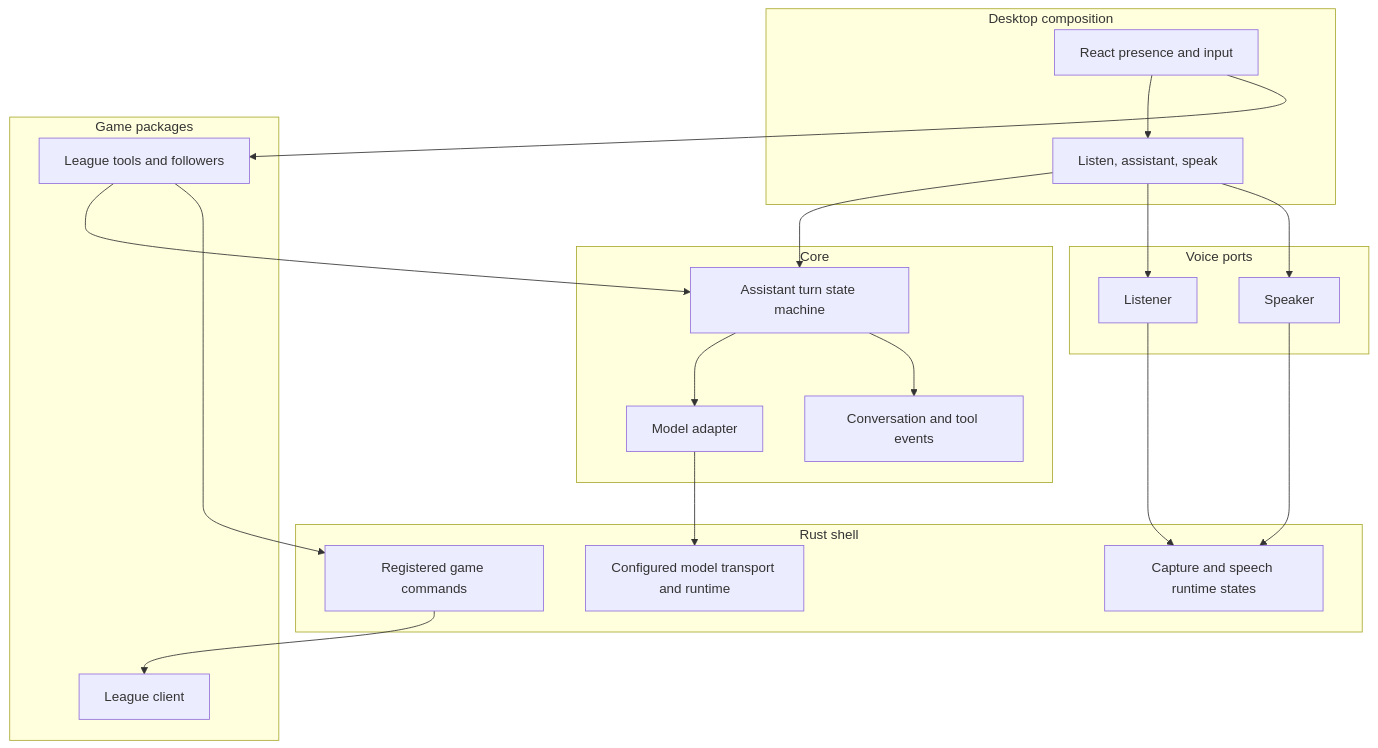
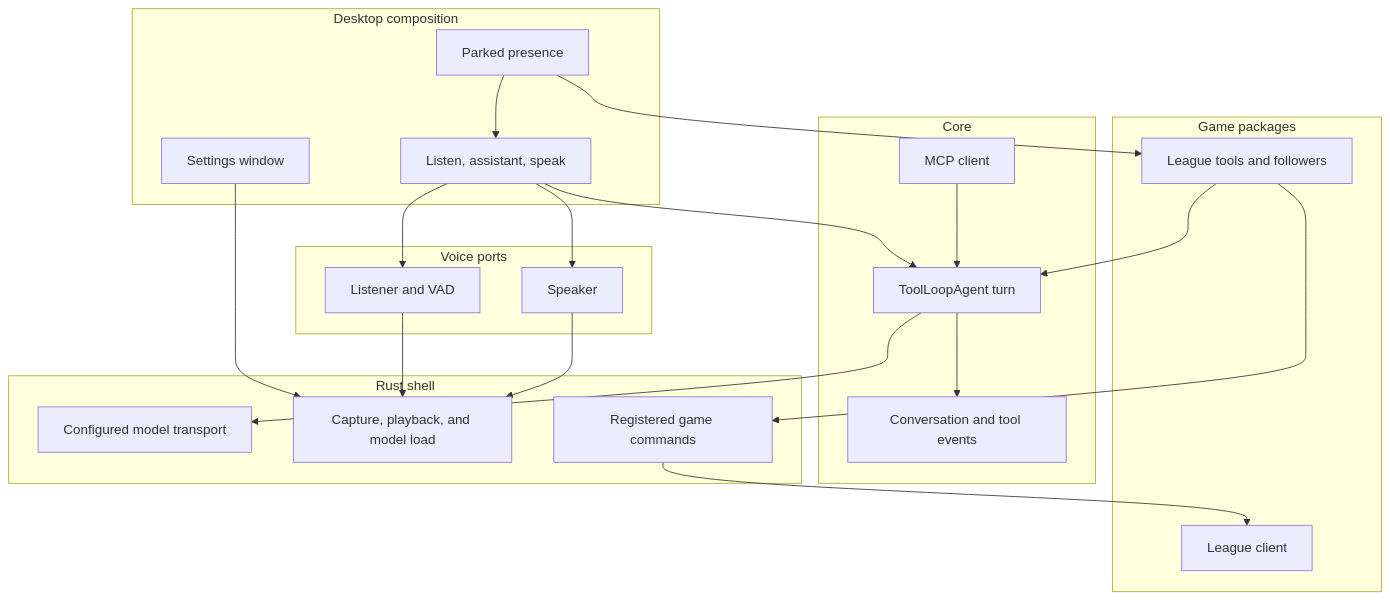
The diagram in docs/architecture.md (ItsYuma/Caprice), drawn with Mermaid before and after one commit. The commit also changed other lines of this file and 4 other files, not shown here.

First line of the commit message:
Record the speech and agent changes the notes still called the old design.

````diff
--- a/docs/architecture.md
+++ b/docs/architecture.md
@@ -7,38 +7,40 @@
 ```mermaid
 flowchart TB
   subgraph desktop [Desktop composition]
-    page[React presence and input]
+    page[Parked presence]
+    settings[Settings window]
     turn[Listen, assistant, speak]
   end
   subgraph gamespkg [Game packages]
     league[League tools and followers]
     client[League client]
   end
   subgraph core [Core]
-    session[Assistant turn state machine]
-    adapter[Model adapter]
+    session[ToolLoopAgent turn]
+    mcp[MCP client]
     events[Conversation and tool events]
   end
   subgraph voice [Voice ports]
-    listen[Listener]
+    listen[Listener and VAD]
     speak[Speaker]
   end
   subgraph shell [Rust shell]
-    model[Configured model transport and runtime]
-    speech[Capture and speech runtime states]
+    model[Configured model transport]
+    speech[Capture, playback, and model load]
     commands[Registered game commands]
   end
   page --> turn
+  settings --> speech
   turn --> session
   turn --> listen
   turn --> speak
   page --> league
   league --> session
+  mcp --> session
   league --> commands
   commands --> client
-  session --> adapter
   session --> events
-  adapter --> model
+  session --> model
   listen --> speech
   speak --> speech
 ```
````
